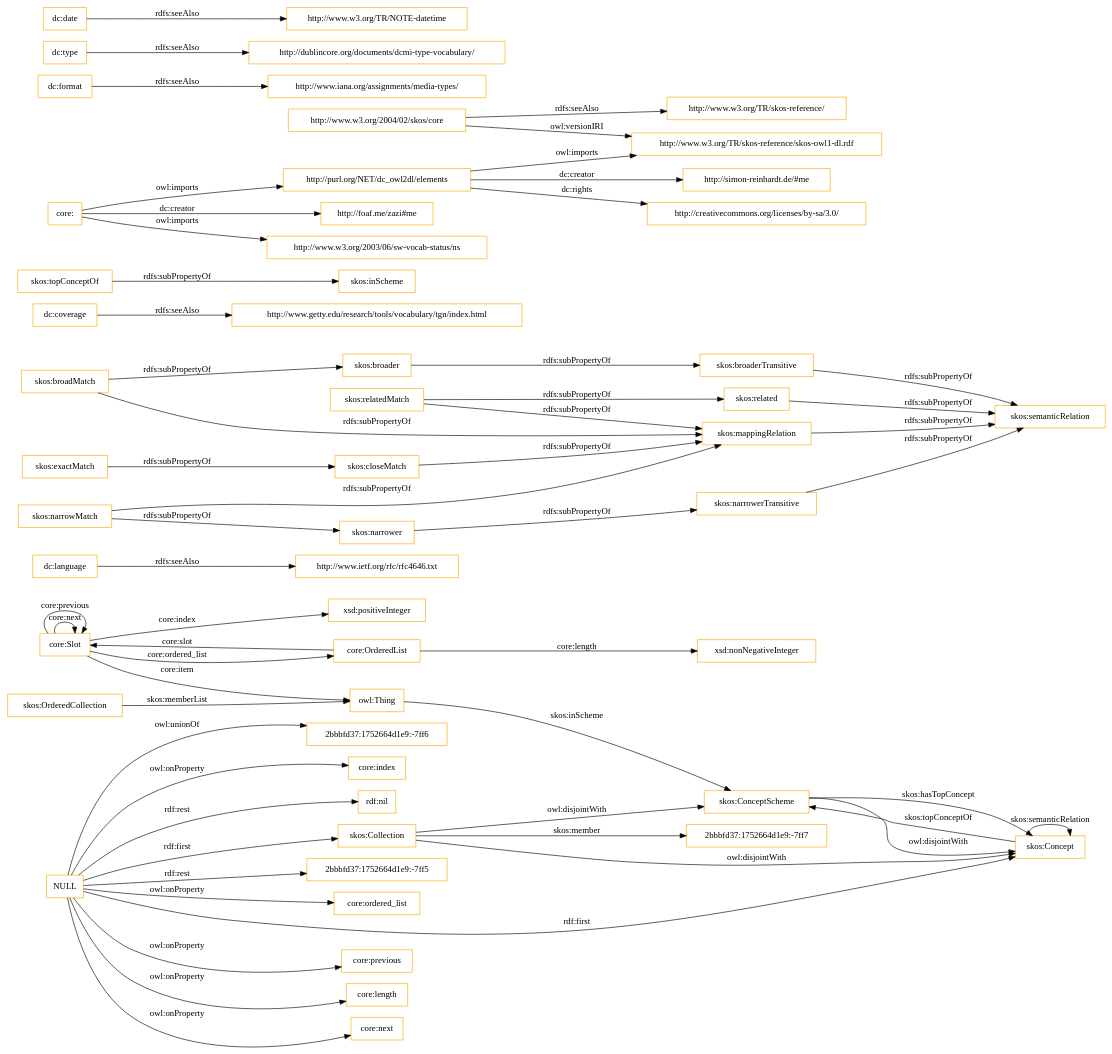
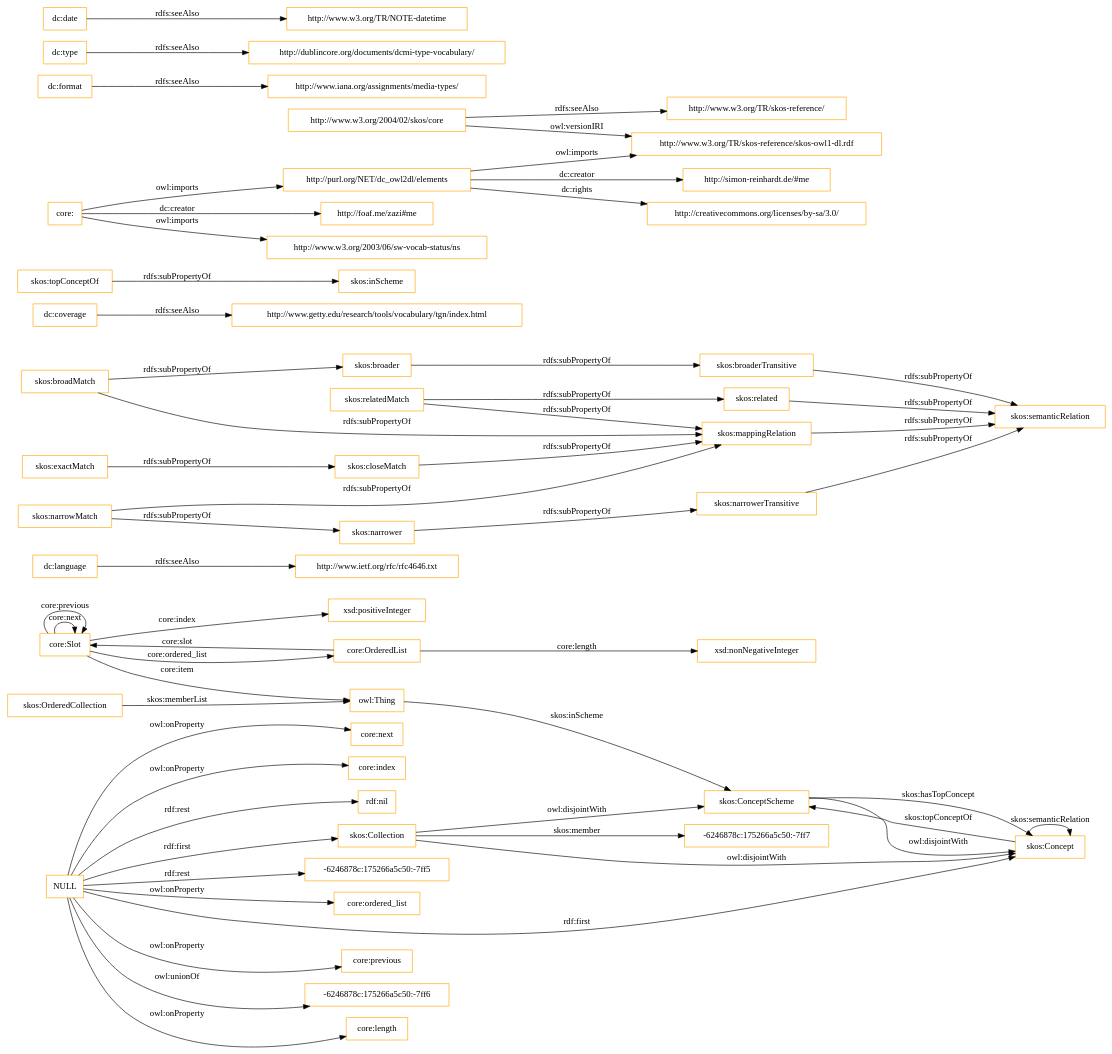
Before and after one commit to OnToologyUser/core-ontology-1: the diagram in OnToology/imports/core.owl/diagrams/ar2dtool-class/core.owl.png.dot, drawn with Graphviz. The commit also changed 14 other files, not shown here.

```diff
--- a/OnToology/imports/core.owl/diagrams/ar2dtool-class/core.owl.png.dot
+++ b/OnToology/imports/core.owl/diagrams/ar2dtool-class/core.owl.png.dot
@@ -1,60 +1,60 @@
 digraph ar2dtool_diagram { 
 rankdir=LR;
 size="1501"
-node [shape = rectangle, color="orange"]; "core:Slot" "core:OrderedList" "2bbbfd37:1752664d1e9:-7ff7" "skos:OrderedCollection" "skos:Collection" "skos:ConceptScheme" "skos:Concept" ; /*classes style*/
+node [shape = rectangle, color="orange"]; "core:Slot" "core:OrderedList" "-6246878c:175266a5c50:-7ff7" "skos:OrderedCollection" "skos:Collection" "skos:ConceptScheme" "skos:Concept" ; /*classes style*/
 	"dc:language" -> "http://www.ietf.org/rfc/rfc4646.txt" [ label = "rdfs:seeAlso" ];
 	"NULL" -> "core:previous" [ label = "owl:onProperty" ];
+	"NULL" -> "-6246878c:175266a5c50:-7ff6" [ label = "owl:unionOf" ];
 	"NULL" -> "core:length" [ label = "owl:onProperty" ];
 	"NULL" -> "skos:Concept" [ label = "rdf:first" ];
 	"NULL" -> "core:next" [ label = "owl:onProperty" ];
-	"NULL" -> "2bbbfd37:1752664d1e9:-7ff6" [ label = "owl:unionOf" ];
 	"NULL" -> "core:index" [ label = "owl:onProperty" ];
 	"NULL" -> "rdf:nil" [ label = "rdf:rest" ];
-	"NULL" -> "2bbbfd37:1752664d1e9:-7ff5" [ label = "rdf:rest" ];
+	"NULL" -> "-6246878c:175266a5c50:-7ff5" [ label = "rdf:rest" ];
 	"NULL" -> "core:ordered_list" [ label = "owl:onProperty" ];
 	"NULL" -> "skos:Collection" [ label = "rdf:first" ];
 	"skos:closeMatch" -> "skos:mappingRelation" [ label = "rdfs:subPropertyOf" ];
 	"dc:coverage" -> "http://www.getty.edu/research/tools/vocabulary/tgn/index.html" [ label = "rdfs:seeAlso" ];
 	"skos:relatedMatch" -> "skos:related" [ label = "rdfs:subPropertyOf" ];
 	"skos:relatedMatch" -> "skos:mappingRelation" [ label = "rdfs:subPropertyOf" ];
 	"skos:ConceptScheme" -> "skos:Concept" [ label = "owl:disjointWith" ];
 	"skos:related" -> "skos:semanticRelation" [ label = "rdfs:subPropertyOf" ];
 	"skos:topConceptOf" -> "skos:inScheme" [ label = "rdfs:subPropertyOf" ];
 	"skos:broadMatch" -> "skos:broader" [ label = "rdfs:subPropertyOf" ];
 	"skos:broadMatch" -> "skos:mappingRelation" [ label = "rdfs:subPropertyOf" ];
 	"http://purl.org/NET/dc_owl2dl/elements" -> "http://www.w3.org/TR/skos-reference/skos-owl1-dl.rdf" [ label = "owl:imports" ];
 	"http://purl.org/NET/dc_owl2dl/elements" -> "http://creativecommons.org/licenses/by-sa/3.0/" [ label = "dc:rights" ];
 	"http://purl.org/NET/dc_owl2dl/elements" -> "http://simon-reinhardt.de/#me" [ label = "dc:creator" ];
 	"skos:exactMatch" -> "skos:closeMatch" [ label = "rdfs:subPropertyOf" ];
 	"dc:format" -> "http://www.iana.org/assignments/media-types/" [ label = "rdfs:seeAlso" ];
 	"core:" -> "http://foaf.me/zazi#me" [ label = "dc:creator" ];
 	"core:" -> "http://www.w3.org/2003/06/sw-vocab-status/ns" [ label = "owl:imports" ];
 	"core:" -> "http://purl.org/NET/dc_owl2dl/elements" [ label = "owl:imports" ];
 	"skos:broaderTransitive" -> "skos:semanticRelation" [ label = "rdfs:subPropertyOf" ];
 	"skos:mappingRelation" -> "skos:semanticRelation" [ label = "rdfs:subPropertyOf" ];
 	"skos:broader" -> "skos:broaderTransitive" [ label = "rdfs:subPropertyOf" ];
 	"dc:type" -> "http://dublincore.org/documents/dcmi-type-vocabulary/" [ label = "rdfs:seeAlso" ];
 	"http://www.w3.org/2004/02/skos/core" -> "http://www.w3.org/TR/skos-reference/skos-owl1-dl.rdf" [ label = "owl:versionIRI" ];
 	"http://www.w3.org/2004/02/skos/core" -> "http://www.w3.org/TR/skos-reference/" [ label = "rdfs:seeAlso" ];
 	"skos:Collection" -> "skos:ConceptScheme" [ label = "owl:disjointWith" ];
 	"skos:Collection" -> "skos:Concept" [ label = "owl:disjointWith" ];
 	"skos:narrowMatch" -> "skos:narrower" [ label = "rdfs:subPropertyOf" ];
 	"skos:narrowMatch" -> "skos:mappingRelation" [ label = "rdfs:subPropertyOf" ];
 	"skos:narrower" -> "skos:narrowerTransitive" [ label = "rdfs:subPropertyOf" ];
 	"dc:date" -> "http://www.w3.org/TR/NOTE-datetime" [ label = "rdfs:seeAlso" ];
 	"skos:narrowerTransitive" -> "skos:semanticRelation" [ label = "rdfs:subPropertyOf" ];
 	"core:Slot" -> "xsd:positiveInteger" [ label = "core:index" ];
 	"skos:Concept" -> "skos:ConceptScheme" [ label = "skos:topConceptOf" ];
 	"core:Slot" -> "owl:Thing" [ label = "core:item" ];
 	"core:OrderedList" -> "xsd:nonNegativeInteger" [ label = "core:length" ];
 	"core:OrderedList" -> "core:Slot" [ label = "core:slot" ];
-	"skos:Collection" -> "2bbbfd37:1752664d1e9:-7ff7" [ label = "skos:member" ];
+	"skos:Collection" -> "-6246878c:175266a5c50:-7ff7" [ label = "skos:member" ];
 	"core:Slot" -> "core:Slot" [ label = "core:next" ];
 	"skos:ConceptScheme" -> "skos:Concept" [ label = "skos:hasTopConcept" ];
 	"owl:Thing" -> "skos:ConceptScheme" [ label = "skos:inScheme" ];
 	"core:Slot" -> "core:Slot" [ label = "core:previous" ];
 	"skos:OrderedCollection" -> "owl:Thing" [ label = "skos:memberList" ];
 	"skos:Concept" -> "skos:Concept" [ label = "skos:semanticRelation" ];
 	"core:Slot" -> "core:OrderedList" [ label = "core:ordered_list" ];
 
 }
```
